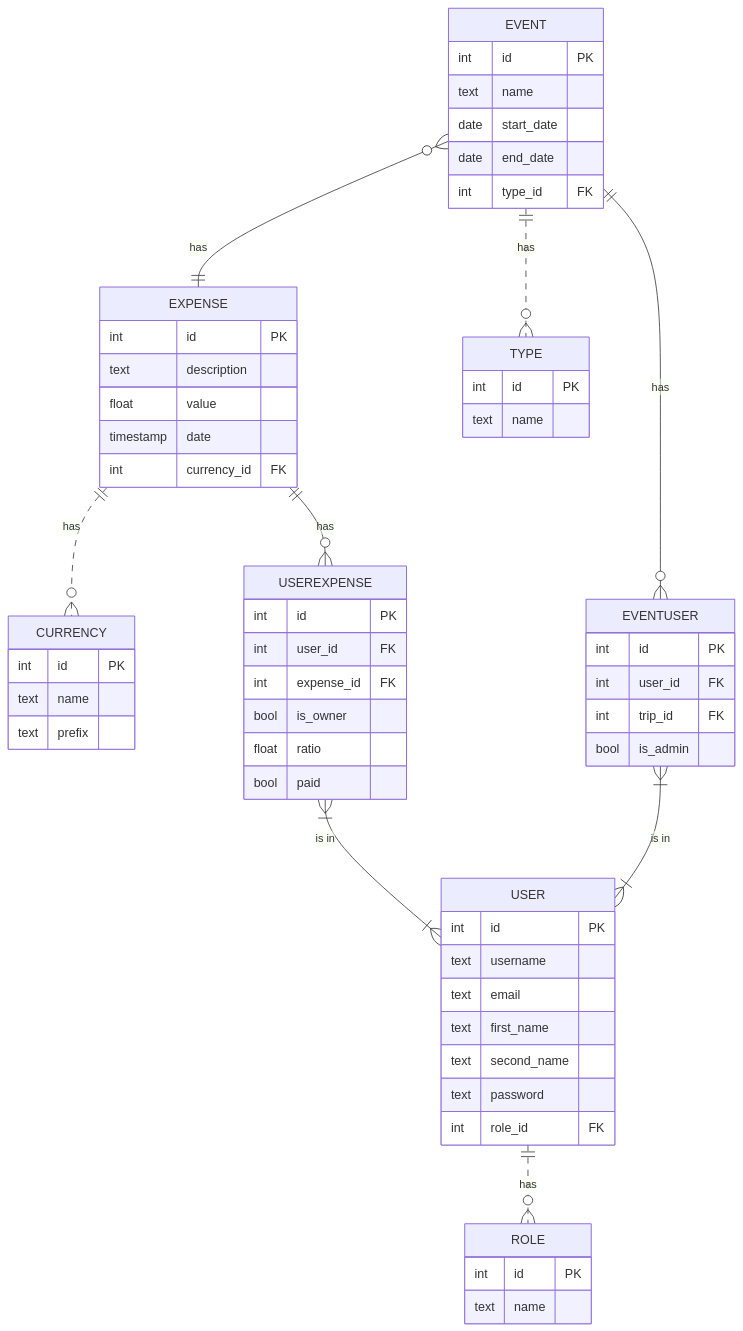
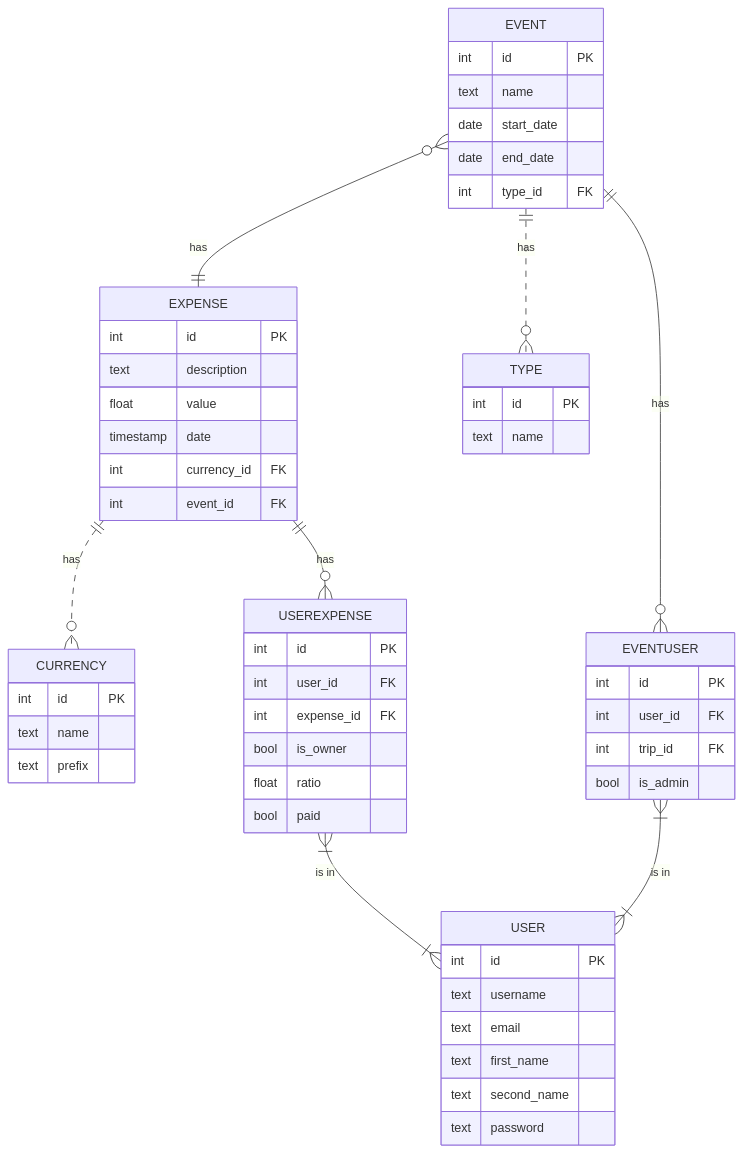
The second of 2 diagrams in README.md (miguel-square/TripBudget), drawn with Mermaid before and after one commit. The commit also changed other lines of this file, not shown here.

Commit message:
Fix ER Diagram in README.md

````diff
--- a/README.md
+++ b/README.md
@@ -58,61 +57,56 @@
 ```mermaid
 erDiagram
     USER {
         int id PK
         text username
         text email
         text first_name
         text second_name
         text password
-        int role_id FK
     }
     EVENT {
         int id PK
         text name
         date start_date
         date end_date
         int type_id FK       
     }
     EXPENSE {
         int id PK
         text description
         float value
         timestamp date
         int currency_id FK
-    }
-    ROLE {
-        int id PK
-        text name
+        int event_id FK
     }
     TYPE {
         int id PK
         text name
     }
     CURRENCY {
         int id PK
         text name
         text prefix
     }
     USEREXPENSE {
         int id PK
         int user_id FK
         int expense_id FK
         bool is_owner
         float ratio
         bool paid
     }
     EVENTUSER {
         int id PK
         int user_id FK
         int trip_id FK
         bool is_admin
     }
-    USER ||..o{ ROLE : "has"
     EXPENSE ||..o{ CURRENCY : "has"
     EVENT ||..o{ TYPE : "has"
     EVENT o{--|| EXPENSE : has
     EXPENSE ||--o{ USEREXPENSE : has
     USEREXPENSE }|--|{ USER : "is in"
     EVENT ||--o{ EVENTUSER : has
     EVENTUSER }|--|{ USER : "is in"    
 ```
````
